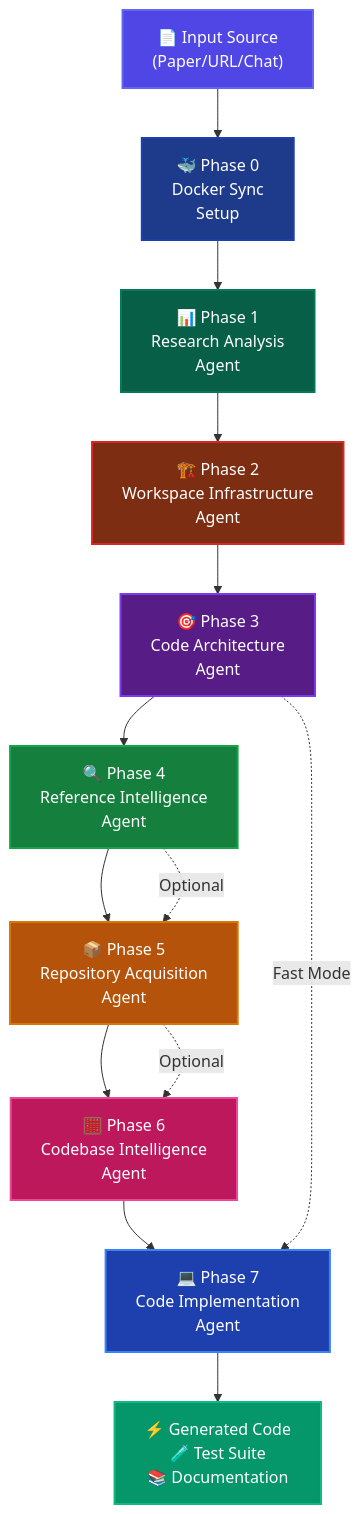
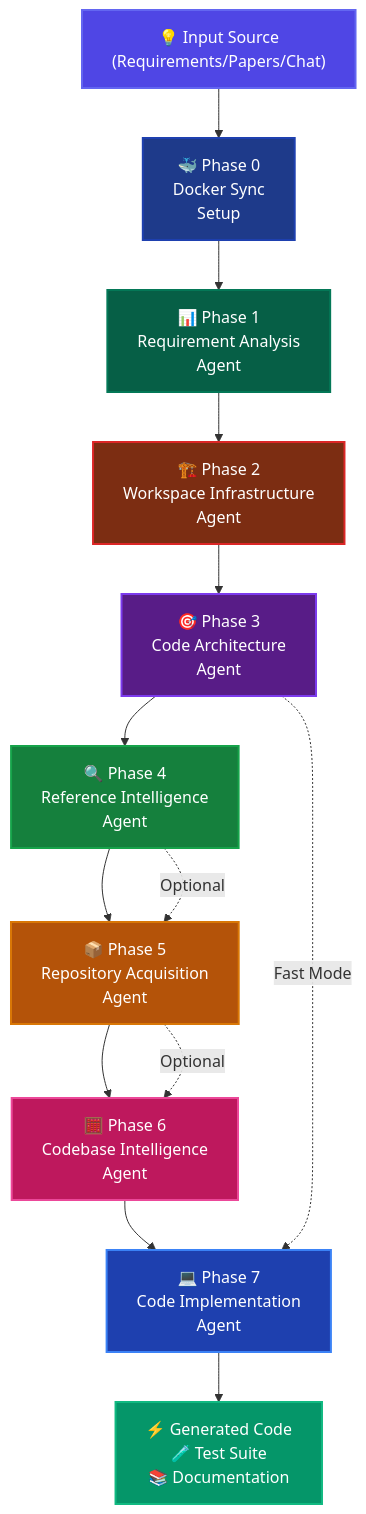
One commit to randy888chan/DeepCode changed the second of 2 diagrams in README.md. Above: the diagram before and after it, drawn with Mermaid. The commit also changed other lines of this file, not shown here.

````diff
--- a/README.md
+++ b/README.md
@@ -147,31 +119,31 @@
 ```mermaid
 flowchart TD
-    A["🐳 Phase 0<br/>Docker Sync<br/>Setup"] --> B["📊 Phase 1<br/>Research Analysis<br/>Agent"]
+    A["🐳 Phase 0<br/>Docker Sync<br/>Setup"] --> B["📊 Phase 1<br/>Requirement Analysis<br/>Agent"]
     B --> C["🏗️ Phase 2<br/>Workspace Infrastructure<br/>Agent"]
     C --> D["🎯 Phase 3<br/>Code Architecture<br/>Agent"]
     D --> E["🔍 Phase 4<br/>Reference Intelligence<br/>Agent"]
     E --> F["📦 Phase 5<br/>Repository Acquisition<br/>Agent"]
     F --> G["🧮 Phase 6<br/>Codebase Intelligence<br/>Agent"]
     G --> H["💻 Phase 7<br/>Code Implementation<br/>Agent"]
     
     %% Data Flow Connections
-    I["📄 Input Source<br/>(Paper/URL/Chat)"] --> A
+    I["💡 Input Source<br/>(Requirements/Papers/Chat)"] --> A
     H --> J["⚡ Generated Code<br/>🧪 Test Suite<br/>📚 Documentation"]
     
     %% Conditional Flows
     D -.->|Fast Mode| H
     E -.->|Optional| F
     F -.->|Optional| G
     
     %% Styling
     style A fill:#1e3a8a,stroke:#1e40af,stroke-width:2px,color:#fff
     style B fill:#065f46,stroke:#047857,stroke-width:2px,color:#fff
     style C fill:#7c2d12,stroke:#dc2626,stroke-width:2px,color:#fff
     style D fill:#581c87,stroke:#7c3aed,stroke-width:2px,color:#fff
     style E fill:#15803d,stroke:#16a34a,stroke-width:2px,color:#fff
     style F fill:#b45309,stroke:#d97706,stroke-width:2px,color:#fff
     style G fill:#be185d,stroke:#ec4899,stroke-width:2px,color:#fff
     style H fill:#1e40af,stroke:#3b82f6,stroke-width:2px,color:#fff
     style I fill:#4f46e5,stroke:#6366f1,stroke-width:2px,color:#fff
     style J fill:#059669,stroke:#10b981,stroke-width:2px,color:#fff
 ```
````
